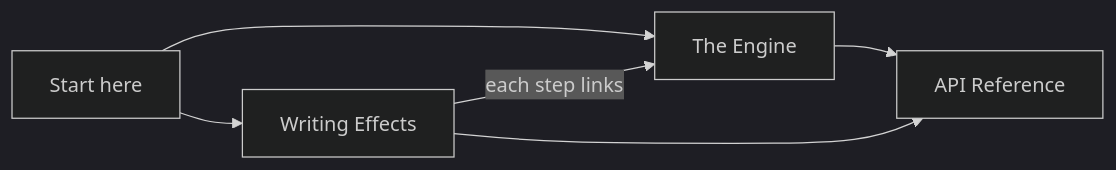
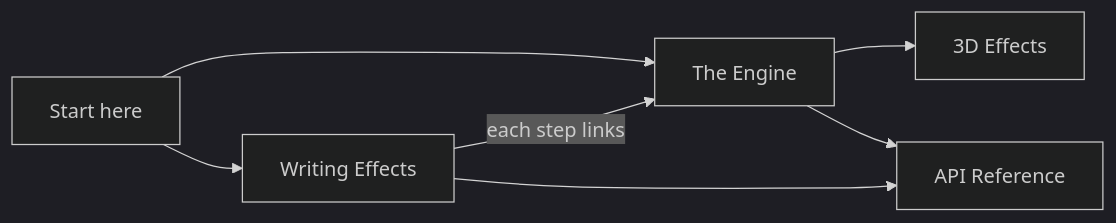
One commit to ChrisBuilds/terminaltexteffects changed the diagram in docs/effectguide/index.md. Above: the diagram before and after it, drawn with Mermaid (dark theme). The commit also changed other lines of this file and 80 other files, not shown here.

````diff
--- a/docs/effectguide/index.md
+++ b/docs/effectguide/index.md
@@ -19,8 +19,9 @@
 ``` mermaid
 flowchart LR
     start[Start here] --> engine[The Engine]
     start --> writing[Writing Effects]
+    engine --> threed[3D Effects]
     writing -- each step links --> engine
     engine --> reference[API Reference]
     writing --> reference
 ```
````
